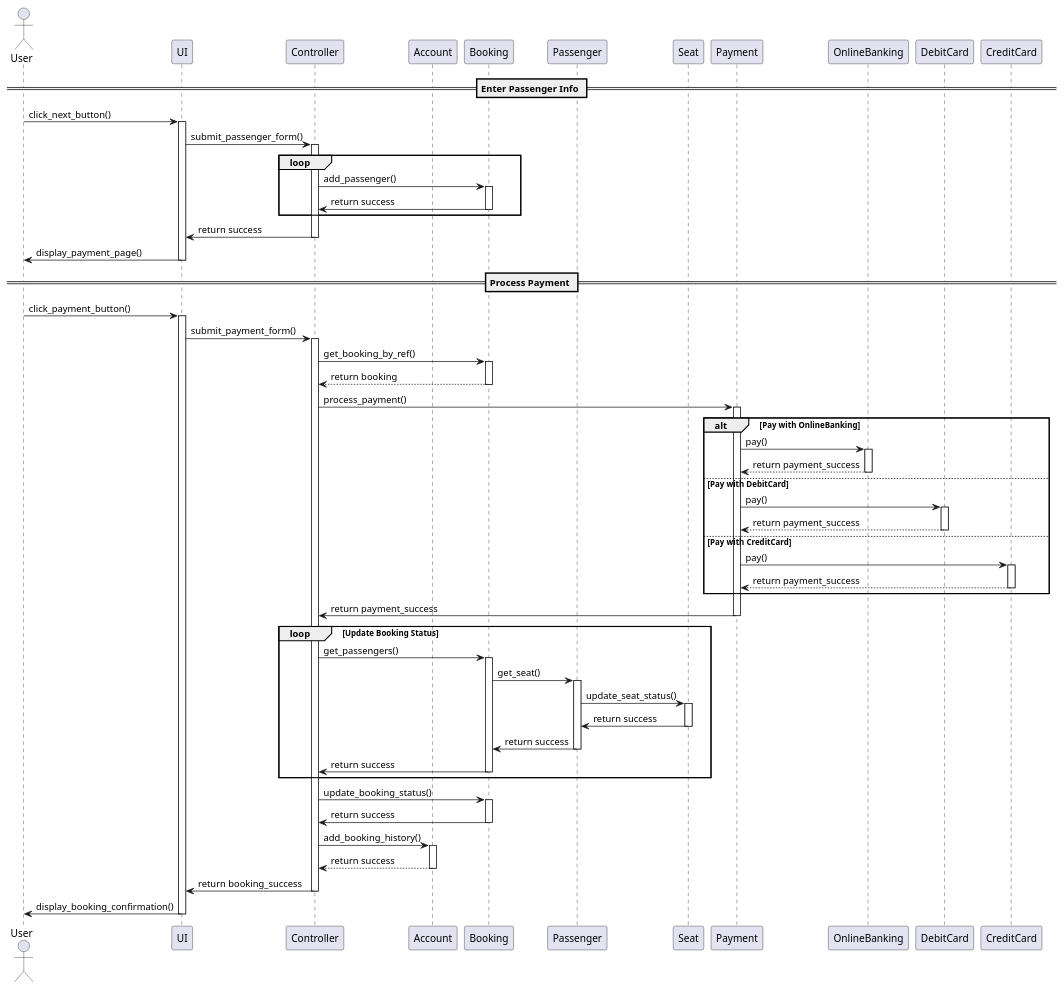
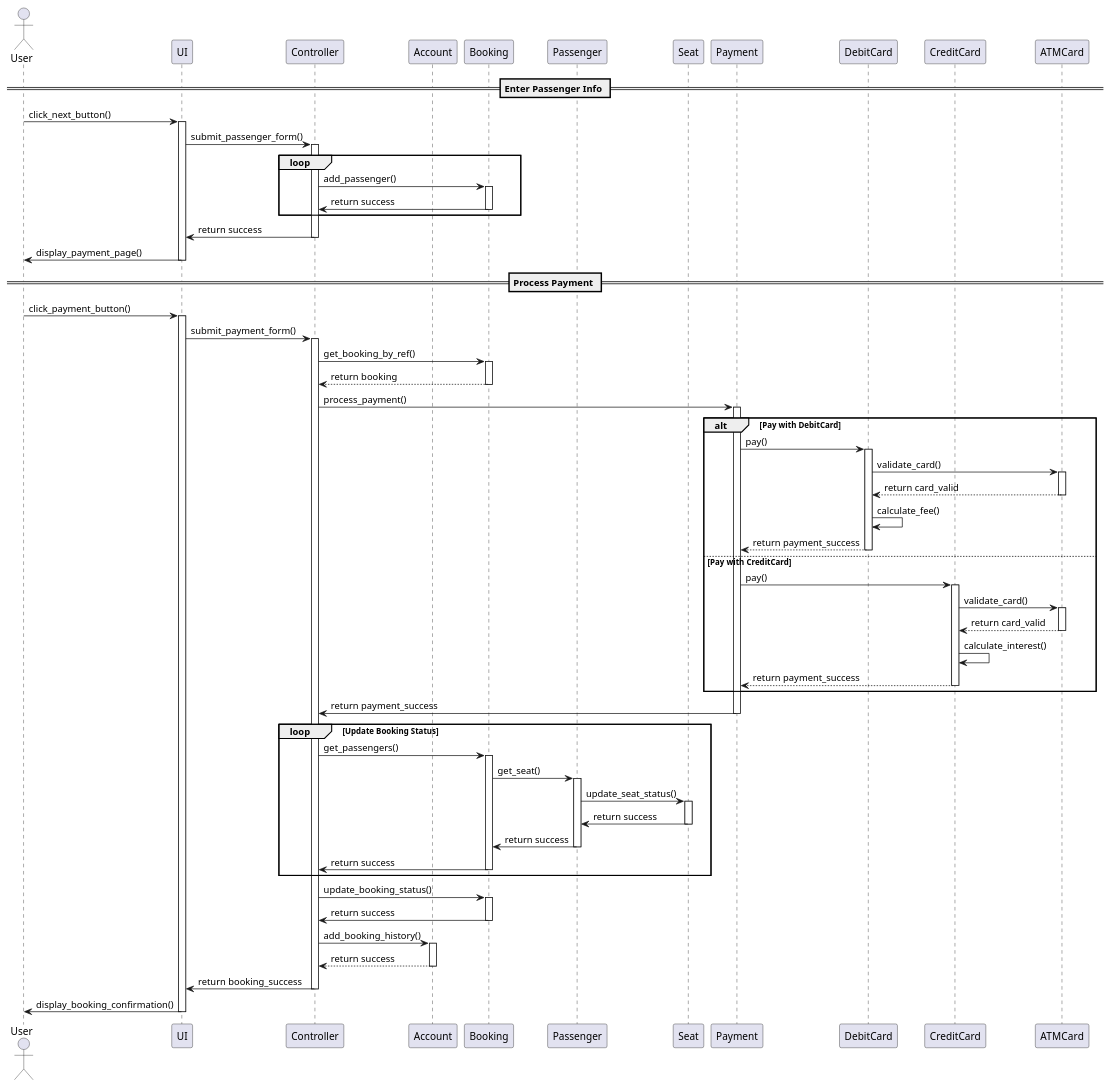
One commit to Nonnnchun/OOP_project changed the diagram in .Shit-airline/sequenceDiagram/PassengerPayment.plantuml. Above: the diagram before and after it, drawn with PlantUML. The commit also changed 4 other files, not shown here.

```diff
--- a/.Shit-airline/sequenceDiagram/PassengerPayment.plantuml
+++ b/.Shit-airline/sequenceDiagram/PassengerPayment.plantuml
@@ -1,106 +1,110 @@
 @startuml PassengerPayment
 
 actor "User" as user
 participant UI
 participant Controller
 participant Account
 participant Booking
 participant Passenger
 participant Seat
 participant Payment
-participant OnlineBanking
 participant DebitCard
 participant CreditCard
+participant ATMCard
 
 == Enter Passenger Info ==
 
 user -> UI: click_next_button()
 activate UI 
 
 UI -> Controller: submit_passenger_form()
 activate Controller 
 loop
 Controller -> Booking: add_passenger()
 activate Booking 
 Booking -> Controller: return success
 deactivate Booking
 end
 Controller -> UI: return success
 deactivate Controller
 UI -> user: display_payment_page()
 deactivate UI
 
 
 == Process Payment ==
 
 user -> UI: click_payment_button()
 activate UI 
 
 UI -> Controller: submit_payment_form()
 activate Controller 
 
 Controller -> Booking: get_booking_by_ref()
 activate Booking 
 Booking --> Controller: return booking
 deactivate Booking
 
 Controller -> Payment: process_payment()
 activate Payment 
 
-alt Pay with OnlineBanking
-    Payment -> OnlineBanking: pay()
-    activate OnlineBanking 
-    OnlineBanking --> Payment: return payment_success
-    deactivate OnlineBanking 
-
-else Pay with DebitCard
+alt Pay with DebitCard
     Payment -> DebitCard: pay()
     activate DebitCard
+    DebitCard -> ATMCard: validate_card()
+    activate ATMCard
+    ATMCard --> DebitCard: return card_valid
+    deactivate ATMCard
+    DebitCard -> DebitCard: calculate_fee()
     DebitCard --> Payment: return payment_success
     deactivate DebitCard 
 
 else Pay with CreditCard
     Payment -> CreditCard: pay()
-    activate CreditCard 
+    activate CreditCard
+    CreditCard -> ATMCard: validate_card()
+    activate ATMCard
+    ATMCard --> CreditCard: return card_valid
+    deactivate ATMCard
+    CreditCard -> CreditCard: calculate_interest()
     CreditCard --> Payment: return payment_success
     deactivate CreditCard 
 end
 
 Payment -> Controller: return payment_success
 deactivate Payment 
 
 loop Update Booking Status
     Controller -> Booking: get_passengers()
     activate Booking 
     Booking -> Passenger: get_seat()
     activate Passenger 
     Passenger -> Seat: update_seat_status()
     activate Seat 
 
     Seat -> Passenger: return success
     deactivate Seat 
 
     Passenger -> Booking: return success
     deactivate Passenger 
 
     Booking -> Controller: return success
     deactivate Booking
 end
 
 Controller -> Booking: update_booking_status()
 activate Booking 
 Booking -> Controller: return success
 deactivate Booking
 
 Controller -> Account: add_booking_history()
 activate Account 
 Account --> Controller: return success
 deactivate Account 
 
 Controller -> UI: return booking_success
 deactivate Controller
 
 UI -> user: display_booking_confirmation()
 deactivate UI
 
 @enduml
```
